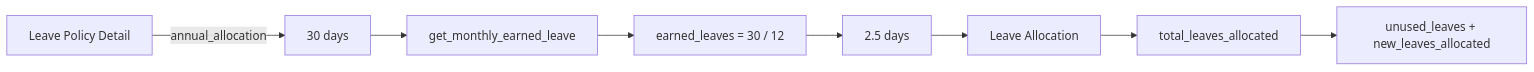
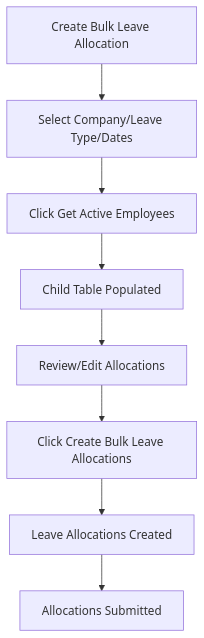
One commit to abdopcnet/tatweer_hr_advance changed the third of 6 diagrams in app_workflow.md. Above: the diagram before and after it, drawn with Mermaid. The commit also changed other lines of this file, not shown here.

````diff
--- a/app_workflow.md
+++ b/app_workflow.md
@@ -51,10 +37,10 @@
 ```mermaid
-flowchart LR
-    A[Leave Policy Detail] -->|annual_allocation| B[30 days]
-    B --> C[get_monthly_earned_leave]
-    C --> D[earned_leaves = 30 / 12]
-    D --> E[2.5 days]
-    E --> F[Leave Allocation]
-    F --> G[total_leaves_allocated]
-    G --> H[unused_leaves + new_leaves_allocated]
+flowchart TD
+    A[Create Bulk Leave Allocation] --> B[Select Company/Leave Type/Dates]
+    B --> C[Click Get Active Employees]
+    C --> D[Child Table Populated]
+    D --> E[Review/Edit Allocations]
+    E --> F[Click Create Bulk Leave Allocations]
+    F --> G[Leave Allocations Created]
+    G --> H[Allocations Submitted]
 ```
````
